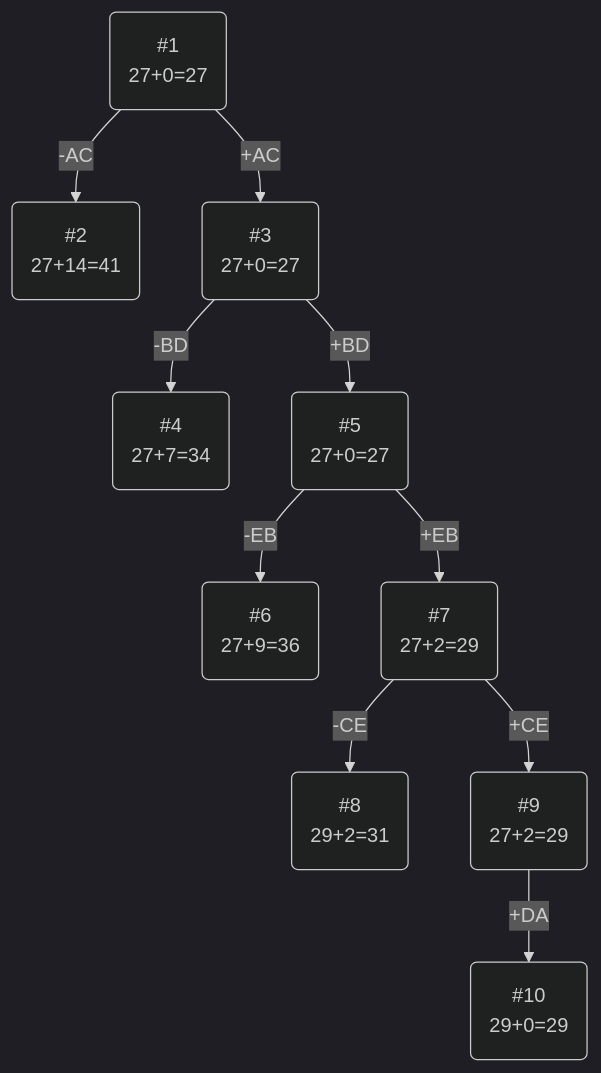
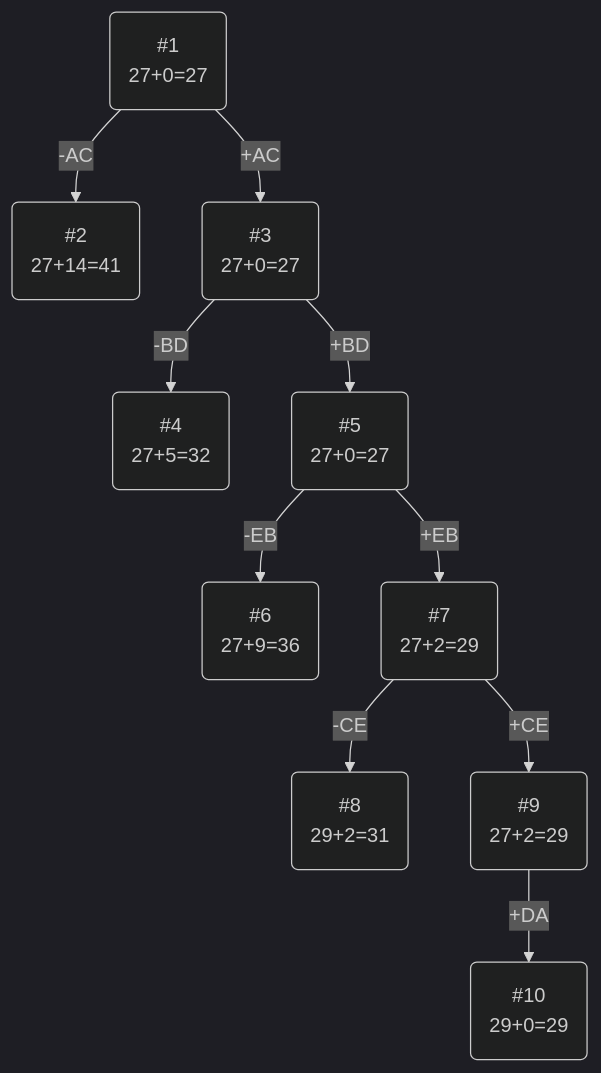
Before and after one commit to hse-algo-24-crow/manual-tasks-crow: the diagram in task-12/goidaz-task-12.md, drawn with Mermaid (dark theme). The commit also changed other lines of this file, not shown here.

````diff
--- a/task-12/goidaz-task-12.md
+++ b/task-12/goidaz-task-12.md
@@ -86,24 +86,24 @@
 ```mermaid
 graph TB
     1(#1
     27+0=27)-->|+AC|3(#3
     27+0=27)
     1-->|-AC|2(#2
     27+14=41)
     3-->|-BD|4(#4
-    27+7=34)
+    27+5=32)
     3-->|+BD|5(#5
     27+0=27)
     5-->|-EB|6(#6
     27+9=36)
     5-->|+EB|7(#7
     27+2=29)
     7-->|-CE|8(#8
     29+2=31)
     7-->|+CE|9(#9
     27+2=29)
     9-->|+DA|10(#10
    29+0=29)
     
     
 ```
````
